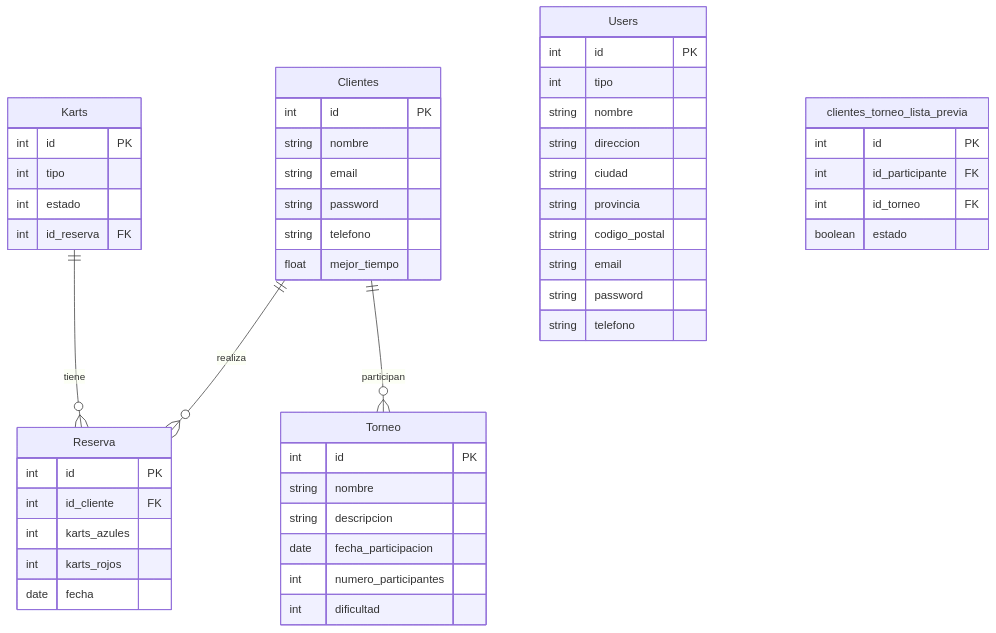
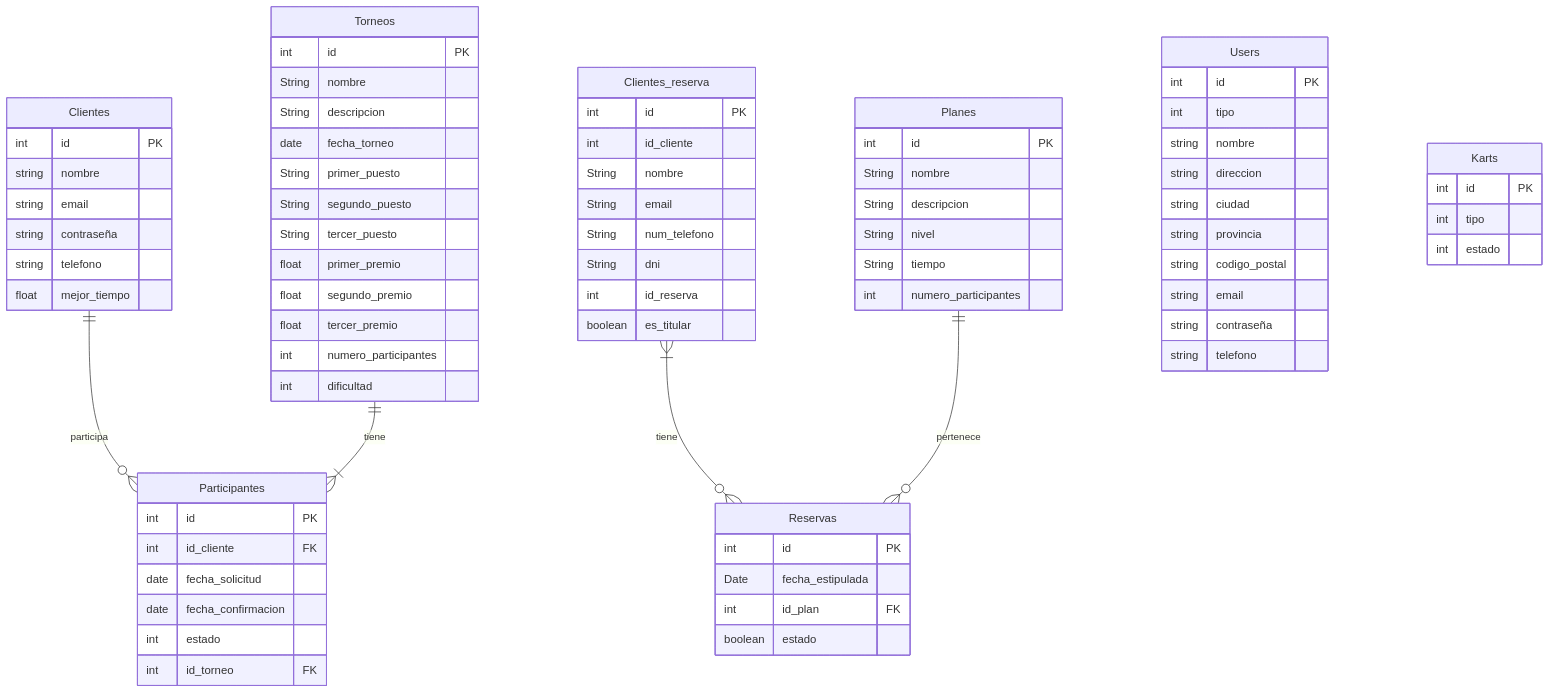
Before and after one commit to jglgap/kartmania: the diagram in doc/templates/3_deseño.md, drawn with Mermaid.

Commit message:
Update on ER 13/04/2026

````diff
--- a/doc/templates/3_deseño.md
+++ b/doc/templates/3_deseño.md
@@ -7,20 +7,16 @@
 ```mermaid
 erDiagram
-    
-    Clientes ||--o{ Reserva : realiza
-    Karts ||--o{ Reserva : tiene
-    Clientes ||--o{ Torneo : participan
 
-    Clientes {
-        int id PK
-        string nombre
-        string email
-        string password
-        string telefono
-        float mejor_tiempo
-    }
 
-    Users {
+
+
+Clientes ||--o{ Participantes : participa
+Torneos ||--|{ Participantes : tiene
+Clientes_reserva }|--o{ Reservas : tiene
+Planes ||--o{Reservas : pertenece
+
+
+Users { 
         int id PK
         int tipo
         string nombre
@@ -29,38 +25,73 @@
         string provincia
         string codigo_postal
         string email
-        string password
+        string contraseña
         string telefono
-    }
+}
 
-    Karts {
+Clientes {
+        int id PK
+        string nombre
+        string email
+        string contraseña
+        string telefono
+        float mejor_tiempo
+}
+Karts {
         int id PK
         int tipo
         int estado
-        int id_reserva FK
-    }
+}
 
-    Reserva {
+Participantes {
         int id PK
         int id_cliente FK
-        int karts_azules
-        int karts_rojos
-        date fecha
-    }
+        date fecha_solicitud
+        date fecha_confirmacion
+        int estado
+        int id_torneo FK
+}
 
-    Torneo {
+Torneos {
         int id PK
-        string nombre
-        string descripcion
-        date fecha_participacion
+        String nombre
+        String descripcion
+        date fecha_torneo
+        String primer_puesto
+        String segundo_puesto
+        String tercer_puesto
+        float primer_premio
+        float segundo_premio
+        float tercer_premio
         int numero_participantes
         int dificultad
-    }
+}
 
-    clientes_torneo_lista_previa {
+Planes {
         int id PK
-        int id_participante FK
-        int id_torneo FK
-        boolean estado
-    }
+        String nombre
+        String descripcion
+        String nivel
+        String tiempo
+        int numero_participantes
+}
+
+Clientes_reserva {
+        int id PK
+        int id_cliente 
+        String nombre
+        String email
+        String num_telefono
+        String dni
+        int id_reserva
+        boolean es_titular
+}
+
+Reservas {
+    int id PK
+    Date fecha_estipulada
+    int id_plan FK
+    
+    boolean estado
+}
 ```
````
